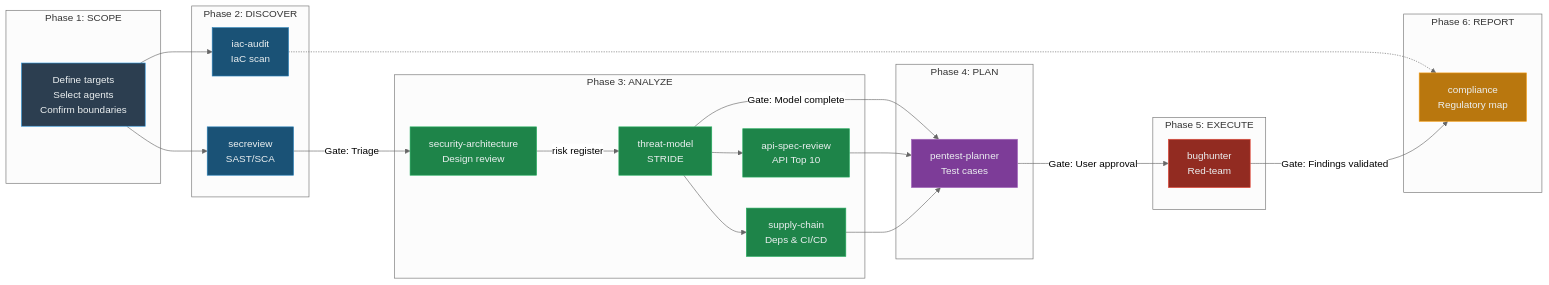
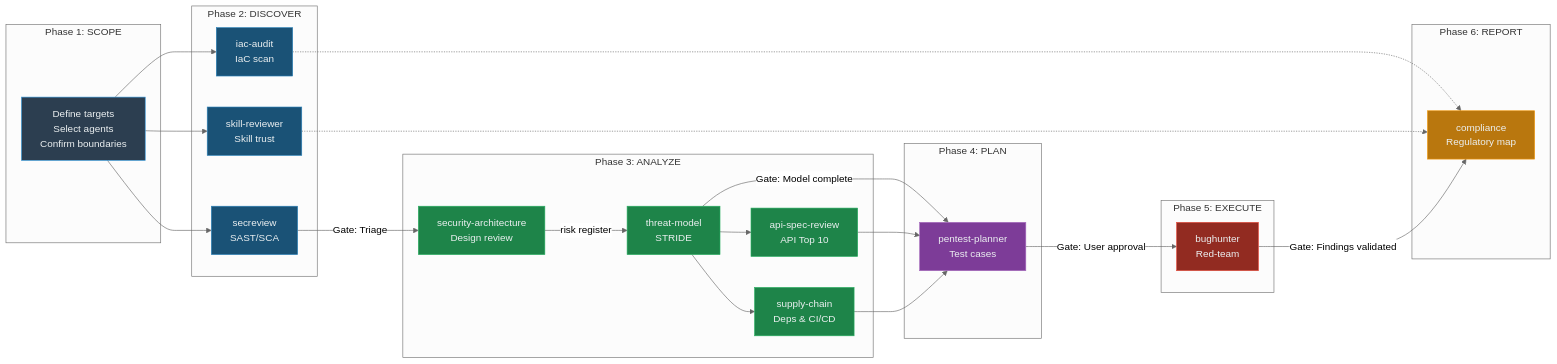
One commit to marcboggs/BMAD-AppSec-Orchestrator changed the first of 5 diagrams in README.md. Above: the diagram before and after it, drawn with Mermaid (neutral theme). The commit also changed other lines of this file and 33 other files, not shown here.

Commit message:
Add skill reviewer agent Logging requests blocked by LLM

````diff
--- a/README.md
+++ b/README.md
@@ -30,54 +30,58 @@
 ```mermaid
 graph LR
     subgraph "Phase 1: SCOPE"
         S[Define targets<br/>Select agents<br/>Confirm boundaries]
     end
 
     subgraph "Phase 2: DISCOVER"
         D1[secreview<br/>SAST/SCA]
         D2[iac-audit<br/>IaC scan]
+        D3[skill-reviewer<br/>Skill trust]
     end
 
     subgraph "Phase 3: ANALYZE"
         A0[security-architecture<br/>Design review]
         A1[threat-model<br/>STRIDE]
         A2[api-spec-review<br/>API Top 10]
         A3[supply-chain<br/>Deps & CI/CD]
     end
 
     subgraph "Phase 4: PLAN"
         P[pentest-planner<br/>Test cases]
     end
 
     subgraph "Phase 5: EXECUTE"
         E[bughunter<br/>Red-team]
     end
 
     subgraph "Phase 6: REPORT"
         R[compliance<br/>Regulatory map]
     end
 
     S --> D1
     S --> D2
+    S --> D3
     D1 -->|Gate: Triage| A0
     D2 -.-> R
+    D3 -.-> R
     A0 -->|risk register| A1
     A1 --> A2
     A1 --> A3
     A1 -->|Gate: Model complete| P
     A2 --> P
     A3 --> P
     P -->|Gate: User approval| E
     E -->|Gate: Findings validated| R
 
     style S fill:#2c3e50,stroke:#3498db,color:#ecf0f1
     style D1 fill:#1a5276,stroke:#2980b9,color:#ecf0f1
     style D2 fill:#1a5276,stroke:#2980b9,color:#ecf0f1
+    style D3 fill:#1a5276,stroke:#2980b9,color:#ecf0f1
     style A1 fill:#1e8449,stroke:#27ae60,color:#ecf0f1
     style A0 fill:#1e8449,stroke:#27ae60,color:#ecf0f1
     style A2 fill:#1e8449,stroke:#27ae60,color:#ecf0f1
     style A3 fill:#1e8449,stroke:#27ae60,color:#ecf0f1
     style P fill:#7d3c98,stroke:#a569bd,color:#ecf0f1
     style E fill:#922b21,stroke:#e74c3c,color:#ecf0f1
     style R fill:#b9770e,stroke:#f39c12,color:#ecf0f1
 ```
````
